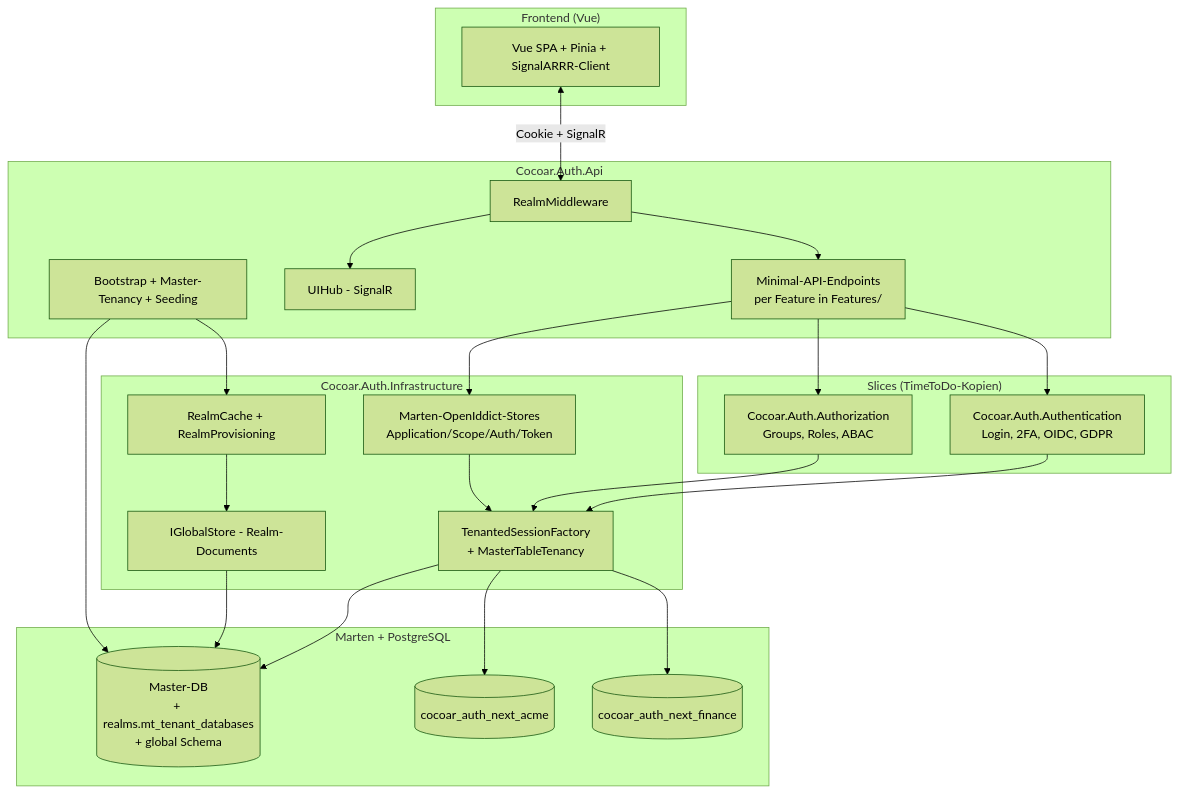
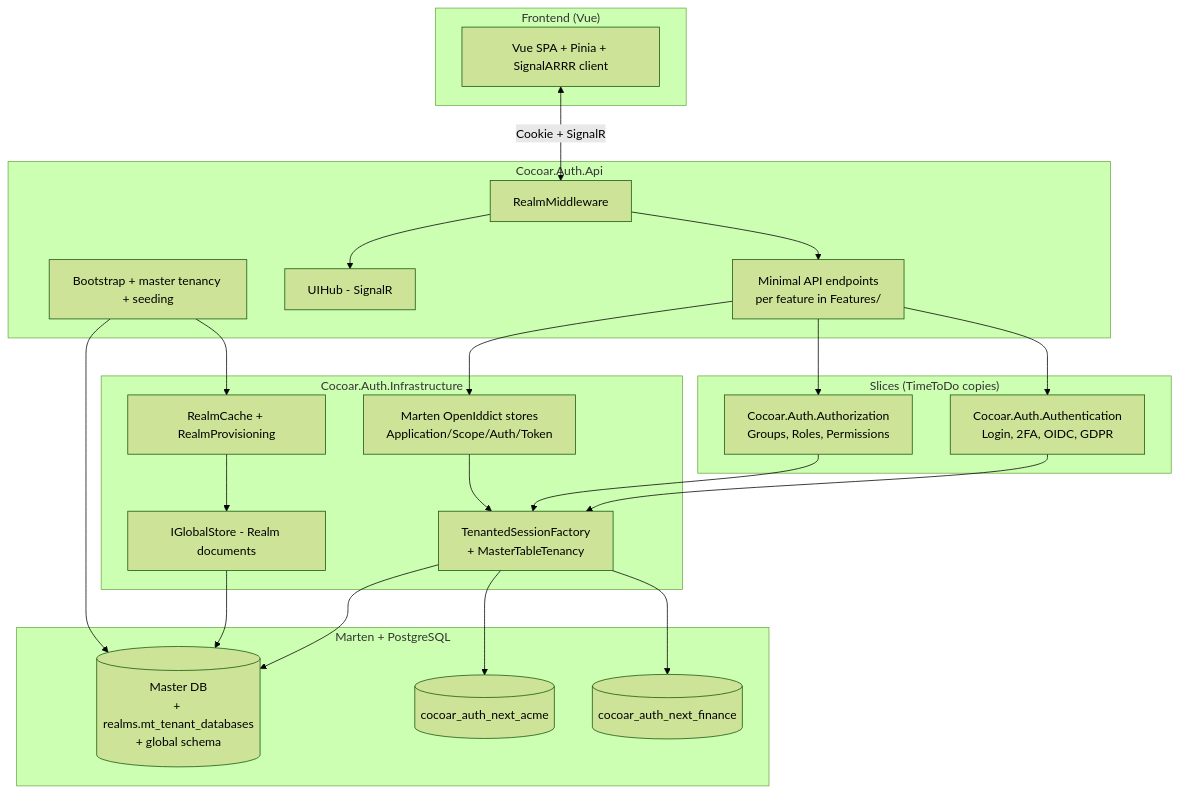
The diagram in website/guide/architecture.md (cocoar-dev/modgud), drawn with Mermaid (forest theme) before and after one commit. The commit also changed other lines of this file and 33 other files, not shown here.

````diff
--- a/website/guide/architecture.md
+++ b/website/guide/architecture.md
@@ -23,48 +23,48 @@
 ```mermaid
 graph TB
     subgraph FrontEnd ["Frontend (Vue)"]
-        SPA["Vue SPA + Pinia + SignalARRR-Client"]
+        SPA["Vue SPA + Pinia + SignalARRR client"]
     end
 
     subgraph Api ["Cocoar.Auth.Api"]
         MW[RealmMiddleware]
-        Endpoints[Minimal-API-Endpoints<br/>per Feature in Features/]
+        Endpoints[Minimal API endpoints<br/>per feature in Features/]
         Hub[UIHub - SignalR]
-        Setup[Bootstrap + Master-Tenancy + Seeding]
+        Setup[Bootstrap + master tenancy + seeding]
     end
 
-    subgraph Slices ["Slices (TimeToDo-Kopien)"]
+    subgraph Slices ["Slices (TimeToDo copies)"]
         Authn[Cocoar.Auth.Authentication<br/>Login, 2FA, OIDC, GDPR]
-        Authz[Cocoar.Auth.Authorization<br/>Groups, Roles, ABAC]
+        Authz[Cocoar.Auth.Authorization<br/>Groups, Roles, Permissions]
     end
 
     subgraph Infra ["Cocoar.Auth.Infrastructure"]
         Tenancy[TenantedSessionFactory<br/>+ MasterTableTenancy]
-        OpenIddictStores[Marten-OpenIddict-Stores<br/>Application/Scope/Auth/Token]
+        OpenIddictStores[Marten OpenIddict stores<br/>Application/Scope/Auth/Token]
         Realms[RealmCache + RealmProvisioning]
-        IGlobalStore[IGlobalStore - Realm-Documents]
+        IGlobalStore[IGlobalStore - Realm documents]
     end
 
     subgraph DataLayer ["Marten + PostgreSQL"]
-        Master[(Master-DB<br/>+ realms.mt_tenant_databases<br/>+ global Schema)]
+        Master[(Master DB<br/>+ realms.mt_tenant_databases<br/>+ global schema)]
         TenantA[(cocoar_auth_next_acme)]
         TenantB[(cocoar_auth_next_finance)]
     end
 
     SPA <-->|Cookie + SignalR| MW
     MW --> Endpoints
     MW --> Hub
     Endpoints --> Authn
     Endpoints --> Authz
     Endpoints --> OpenIddictStores
     Authn --> Tenancy
     Authz --> Tenancy
     OpenIddictStores --> Tenancy
     Realms --> IGlobalStore
     Tenancy --> Master
     Tenancy --> TenantA
     Tenancy --> TenantB
     IGlobalStore --> Master
     Setup --> Master
     Setup --> Realms
 ```
````
